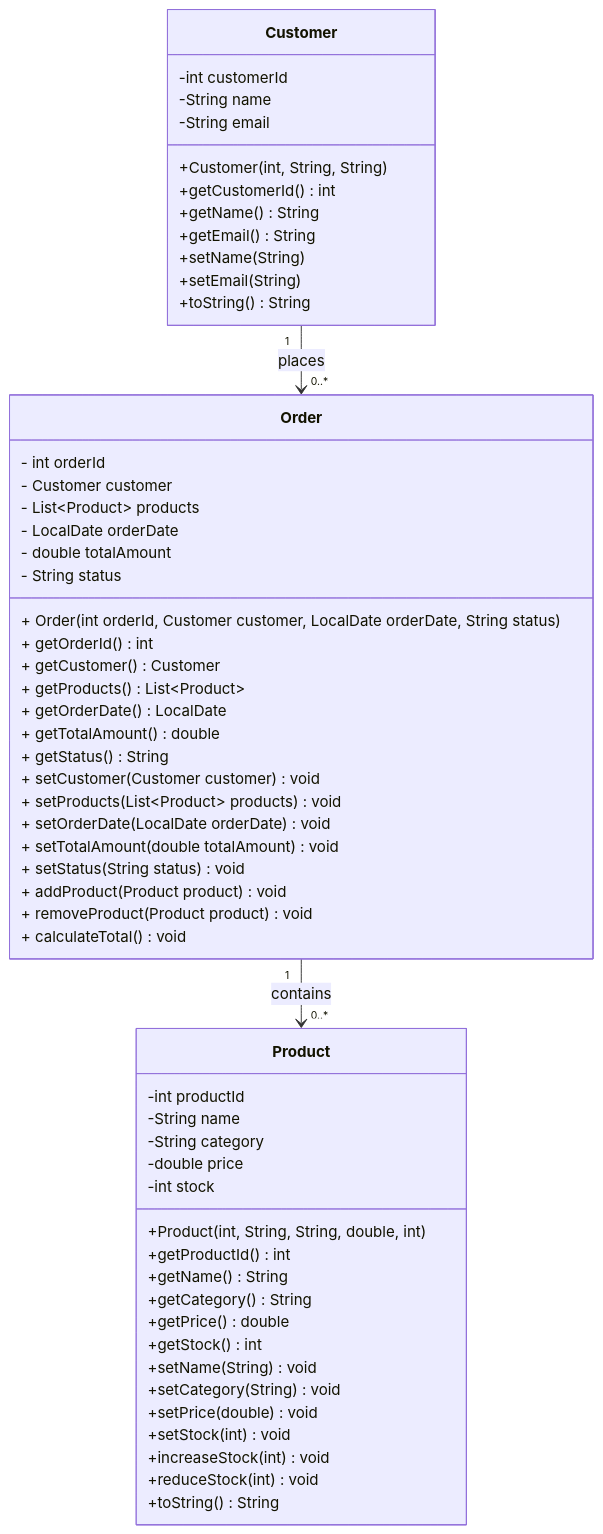
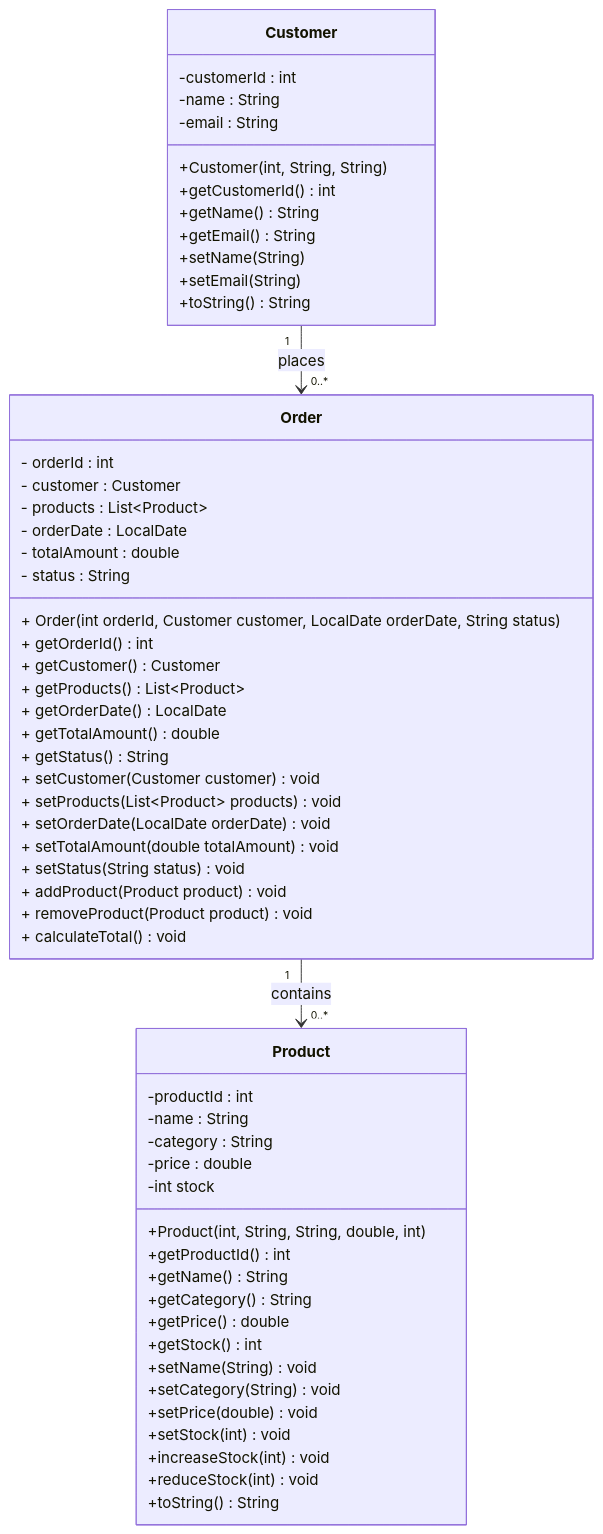
The fifth of 5 diagrams in README.md (jayani-athukorala/java-oop-exercise), drawn with Mermaid before and after one commit. The commit also changed other lines of this file, not shown here.

Commit message:
uml diagram

````diff
--- a/README.md
+++ b/README.md
@@ -107,67 +107,67 @@
 ```mermaid
 classDiagram
     class Customer {
-        -int customerId
-        -String name
-        -String email
+        -customerId : int
+        -name : String
+        -email : String
         +Customer(int, String, String)
         +getCustomerId() int
         +getName() String
         +getEmail() String
         +setName(String)
         +setEmail(String)
         +toString() String
     }
 
     class Order {
-      - int orderId
-      - Customer customer
-      - List~Product~ products
-      - LocalDate orderDate
-      - double totalAmount
-      - String status
+      - orderId : int
+      - customer : Customer
+      - products : List~Product~
+      - orderDate : LocalDate
+      - totalAmount : double
+      - status : String
     
       + Order(int orderId, Customer customer, LocalDate orderDate, String status)
       + getOrderId() int
       + getCustomer() Customer
       + getProducts() List~Product~
       + getOrderDate() LocalDate
       + getTotalAmount() double
       + getStatus() String
     
       + setCustomer(Customer customer) void
       + setProducts(List~Product~ products) void
       + setOrderDate(LocalDate orderDate) void
       + setTotalAmount(double totalAmount) void
       + setStatus(String status) void
           
       + addProduct(Product product) void
       + removeProduct(Product product) void
       + calculateTotal() void
     }
 
     class Product {
-        -int productId
-        -String name
-        -String category
-        -double price
+        -productId : int
+        -name : String
+        -category : String
+        -price : double
         -int stock
         +Product(int, String, String, double, int)
         +getProductId() int
         +getName() String
         +getCategory() String
         +getPrice() double
         +getStock() int
         +setName(String) void
         +setCategory(String) void
         +setPrice(double) void
         +setStock(int) void
         +increaseStock(int) void
         +reduceStock(int) void
         +toString() String
     }
 
     %% Relationships
     Customer "1" --> "0..*" Order : places
     Order "1" --> "0..*" Product : contains
 ```
````
